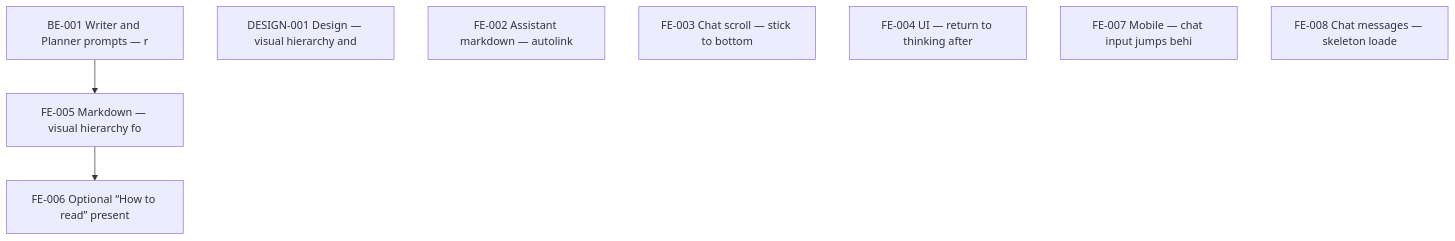
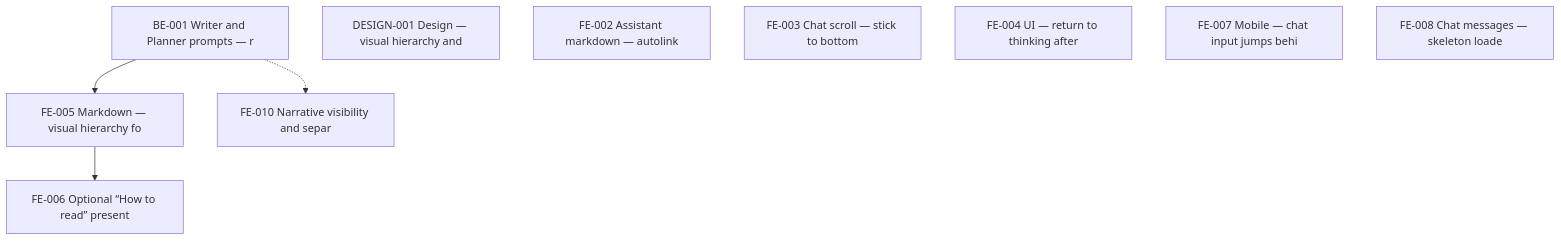
One commit to admariner/data-ai-chatbot changed the diagram in TODO/README.md. Above: the diagram before and after it, drawn with Mermaid. The commit also changed other lines of this file and 1 other file, not shown here.

Commit message:
Try to stabilize narrative and thinking

````diff
--- a/TODO/README.md
+++ b/TODO/README.md
@@ -33,14 +34,16 @@
 ```mermaid
 flowchart TB
   BE001["BE-001 Writer and Planner prompts — r"]
   DESIGN001["DESIGN-001 Design — visual hierarchy and "]
   FE002["FE-002 Assistant markdown — autolink "]
   FE003["FE-003 Chat scroll — stick to bottom "]
   FE004["FE-004 UI — return to thinking after "]
   FE005["FE-005 Markdown — visual hierarchy fo"]
   FE006["FE-006 Optional “How to read” present"]
   FE007["FE-007 Mobile — chat input jumps behi"]
   FE008["FE-008 Chat messages — skeleton loade"]
+  FE010["FE-010 Narrative visibility and separ"]
   BE001 --> FE005
   FE005 --> FE006
+  BE001 -.-> FE010
 ```
````
